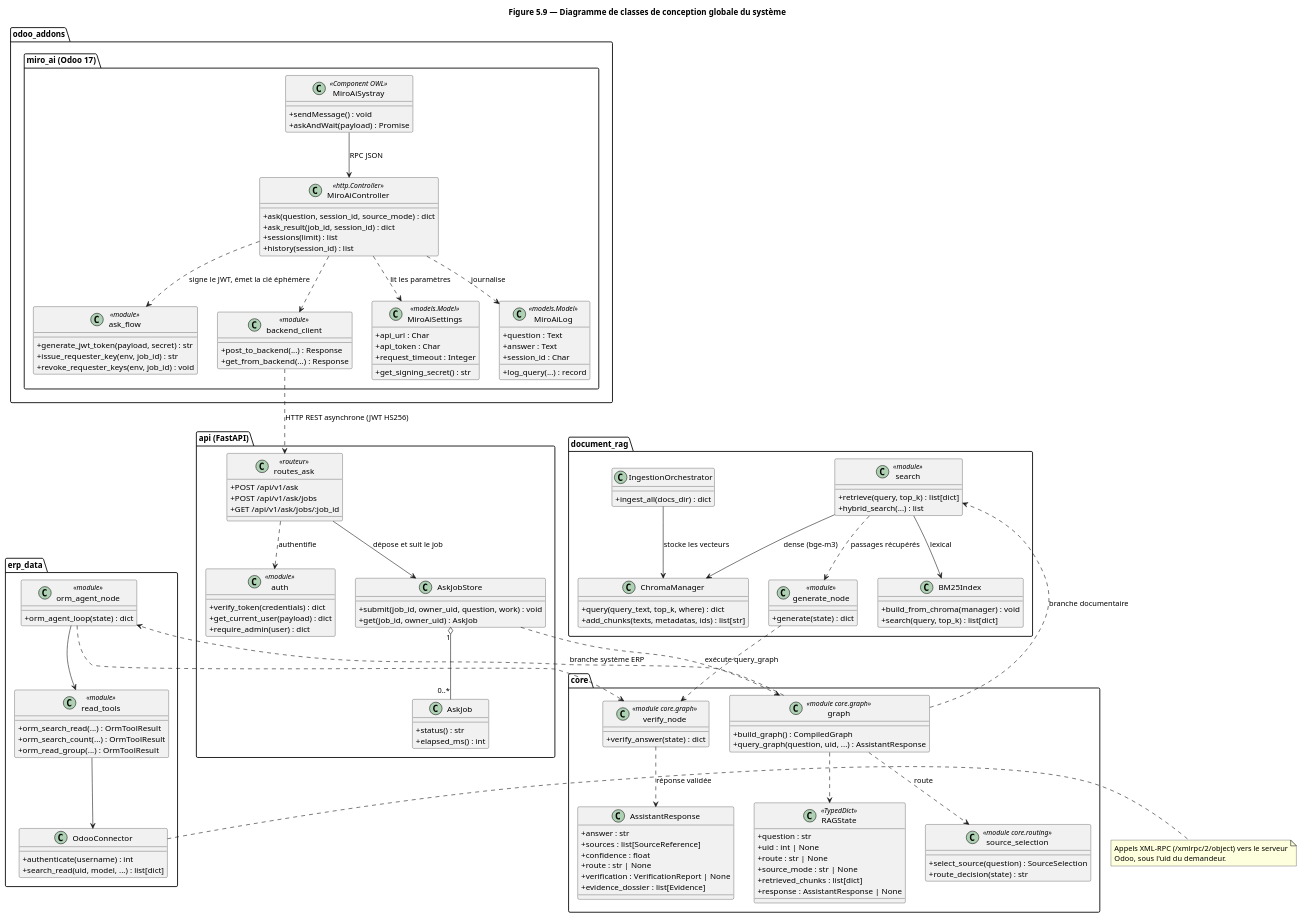
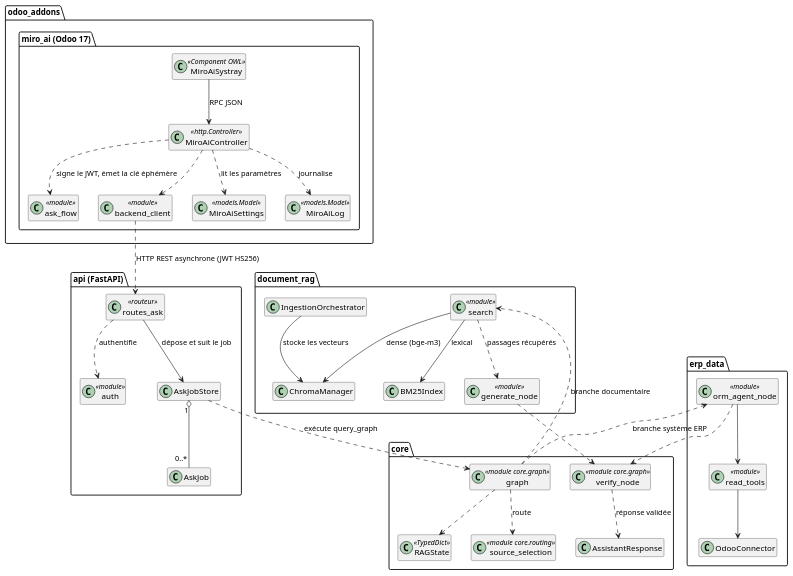
Before and after one commit to katsuki2000/odoo-ia-prototype: the diagram in todo/diagrammes/5_9_classes_globale.puml, drawn with PlantUML. The commit also changed 30 other files, not shown here.

```diff
--- a/todo/diagrammes/5_9_classes_globale.puml
+++ b/todo/diagrammes/5_9_classes_globale.puml
@@ -1,153 +1,149 @@
 @startuml 5_9_classes_globale
-title Figure 5.9 — Diagramme de classes de conception globale du système
 skinparam classAttributeIconSize 0
+hide members
 
 package "odoo_addons.miro_ai (Odoo 17)" {
   class MiroAiSystray <<Component OWL>> {
     +sendMessage() : void
     +askAndWait(payload) : Promise
   }
   class MiroAiController <<http.Controller>> {
     +ask(question, session_id, source_mode) : dict
     +ask_result(job_id, session_id) : dict
     +sessions(limit) : list
     +history(session_id) : list
   }
   class "ask_flow" as AskFlow <<module>> {
     +generate_jwt_token(payload, secret) : str
     +issue_requester_key(env, job_id) : str
     +revoke_requester_keys(env, job_id) : void
   }
   class "backend_client" as BackendClient <<module>> {
     +post_to_backend(...) : Response
     +get_from_backend(...) : Response
   }
   class MiroAiSettings <<models.Model>> {
     +api_url : Char
     +api_token : Char
     +request_timeout : Integer
     +get_signing_secret() : str
   }
   class MiroAiLog <<models.Model>> {
     +question : Text
     +answer : Text
     +session_id : Char
     +log_query(...) : record
   }
 }
 
 package "api (FastAPI)" {
   class "routes_ask" as RoutesAsk <<routeur>> {
     +POST /api/v1/ask
     +POST /api/v1/ask/jobs
     +GET /api/v1/ask/jobs/:job_id
   }
   class "auth" as Auth <<module>> {
     +verify_token(credentials) : dict
     +get_current_user(payload) : dict
     +require_admin(user) : dict
   }
   class AskJobStore {
     +submit(job_id, owner_uid, question, work) : void
     +get(job_id, owner_uid) : AskJob
   }
   class AskJob {
     +status() : str
     +elapsed_ms() : int
   }
 }
 
 package "core" {
   class "graph" as Graph <<module core.graph>> {
     +build_graph() : CompiledGraph
     +query_graph(question, uid, ...) : AssistantResponse
   }
   class RAGState <<TypedDict>> {
     +question : str
     +uid : int | None
     +route : str | None
     +source_mode : str | None
     +retrieved_chunks : list[dict]
     +response : AssistantResponse | None
   }
   class "source_selection" as SourceSelection <<module core.routing>> {
     +select_source(question) : SourceSelection
     +route_decision(state) : str
   }
   class "verify_node" as VerifyNode <<module core.graph>> {
     +verify_answer(state) : dict
   }
   class AssistantResponse {
     +answer : str
     +sources : list[SourceReference]
     +confidence : float
     +route : str | None
     +verification : VerificationReport | None
     +evidence_dossier : list[Evidence]
   }
 }
 
 package "document_rag" {
   class "search" as Search <<module>> {
     +retrieve(query, top_k) : list[dict]
     +hybrid_search(...) : list
   }
   class ChromaManager {
     +query(query_text, top_k, where) : dict
     +add_chunks(texts, metadatas, ids) : list[str]
   }
   class BM25Index {
     +build_from_chroma(manager) : void
     +search(query, top_k) : list[dict]
   }
   class "generate_node" as GenerateNode <<module>> {
     +generate(state) : dict
   }
   class IngestionOrchestrator {
     +ingest_all(docs_dir) : dict
   }
 }
 
 package "erp_data" {
   class "orm_agent_node" as OrmAgentNode <<module>> {
     +orm_agent_loop(state) : dict
   }
   class "read_tools" as OrmRuntimeReadTools <<module>> {
     +orm_search_read(...) : OrmToolResult
     +orm_search_count(...) : OrmToolResult
     +orm_read_group(...) : OrmToolResult
   }
   class OdooConnector {
     +authenticate(username) : int
     +search_read(uid, model, ...) : list[dict]
   }
 }
 
 MiroAiSystray --> MiroAiController : RPC JSON
 MiroAiController ..> AskFlow : signe le JWT, émet la clé éphémère
 MiroAiController ..> BackendClient
 MiroAiController ..> MiroAiSettings : lit les paramètres
 MiroAiController ..> MiroAiLog : journalise
 BackendClient ..> RoutesAsk : HTTP REST asynchrone (JWT HS256)
 RoutesAsk ..> Auth : authentifie
 RoutesAsk --> AskJobStore : dépose et suit le job
 AskJobStore "1" o-- "0..*" AskJob
 AskJobStore ..> Graph : exécute query_graph
 Graph ..> RAGState
 Graph ..> SourceSelection : route
 Graph ..> Search : branche documentaire
 Graph ..> OrmAgentNode : branche système ERP
 Search --> ChromaManager : dense (bge-m3)
 Search --> BM25Index : lexical
 Search ..> GenerateNode : passages récupérés
 GenerateNode ..> VerifyNode
 OrmAgentNode ..> VerifyNode
 OrmAgentNode --> OrmRuntimeReadTools
 OrmRuntimeReadTools --> OdooConnector
 VerifyNode ..> AssistantResponse : réponse validée
 IngestionOrchestrator --> ChromaManager : stocke les vecteurs
-note right of OdooConnector
-  Appels XML-RPC (/xmlrpc/2/object) vers le serveur
-  Odoo, sous l'uid du demandeur.
-end note
 @enduml
```
